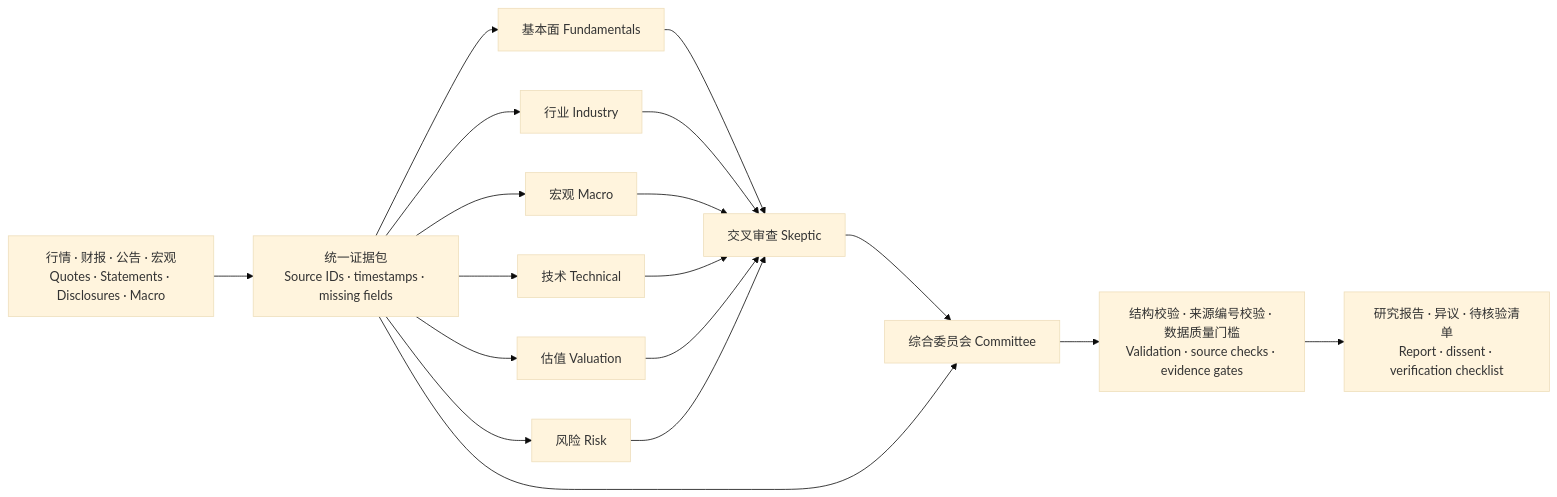
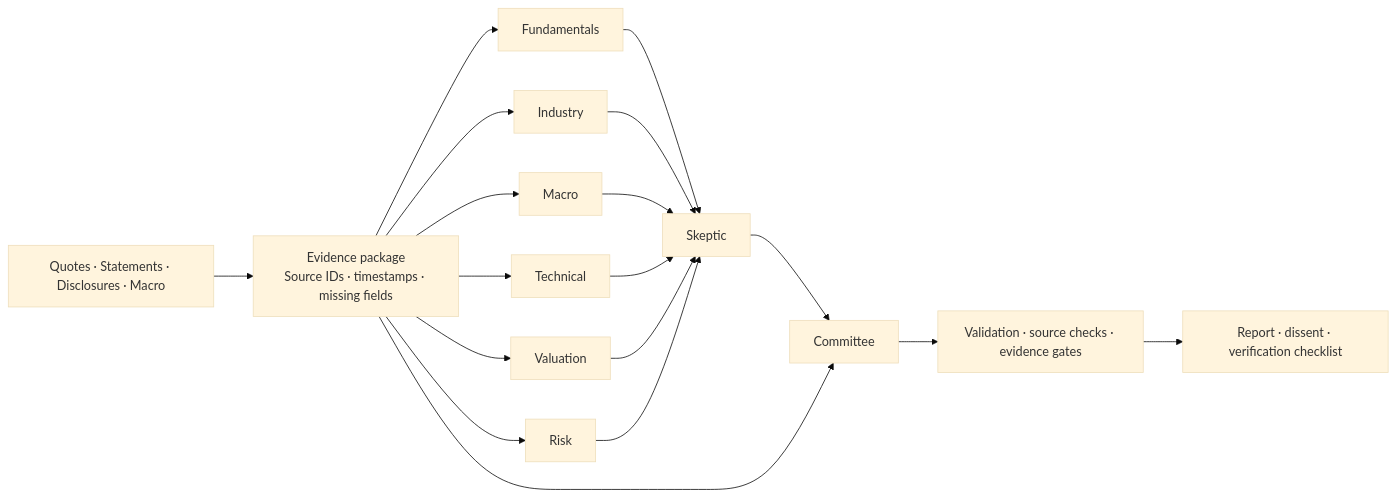
The diagram in README.md (13536309143/AstraQuant), drawn with Mermaid (base theme) before and after one commit. The commit also changed other lines of this file and 16 other files, not shown here.

````diff
--- a/README.md
+++ b/README.md
@@ -32,15 +30,15 @@
 ```mermaid
 flowchart LR
-    D[行情 · 财报 · 公告 · 宏观<br/>Quotes · Statements · Disclosures · Macro] --> E[统一证据包<br/>Source IDs · timestamps · missing fields]
-    E --> F[基本面 Fundamentals]
-    E --> I[行业 Industry]
-    E --> M[宏观 Macro]
-    E --> T[技术 Technical]
-    E --> V[估值 Valuation]
-    E --> R[风险 Risk]
-    F & I & M & T & V & R --> S[交叉审查 Skeptic]
-    S --> C[综合委员会 Committee]
+    D[Quotes · Statements · Disclosures · Macro] --> E[Evidence package<br/>Source IDs · timestamps · missing fields]
+    E --> F[Fundamentals]
+    E --> I[Industry]
+    E --> M[Macro]
+    E --> T[Technical]
+    E --> V[Valuation]
+    E --> R[Risk]
+    F & I & M & T & V & R --> S[Skeptic]
+    S --> C[Committee]
     E --> C
-    C --> Q[结构校验 · 来源编号校验 · 数据质量门槛<br/>Validation · source checks · evidence gates]
-    Q --> O[研究报告 · 异议 · 待核验清单<br/>Report · dissent · verification checklist]
+    C --> Q[Validation · source checks · evidence gates]
+    Q --> O[Report · dissent · verification checklist]
 ```
````
